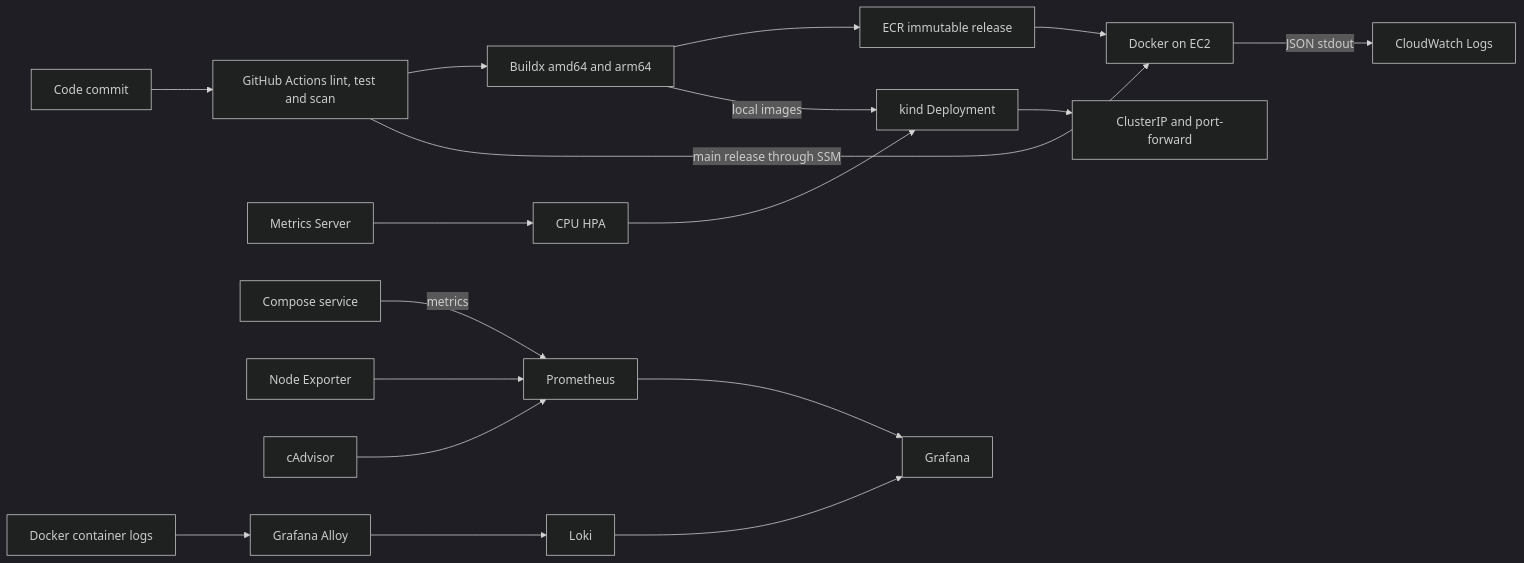
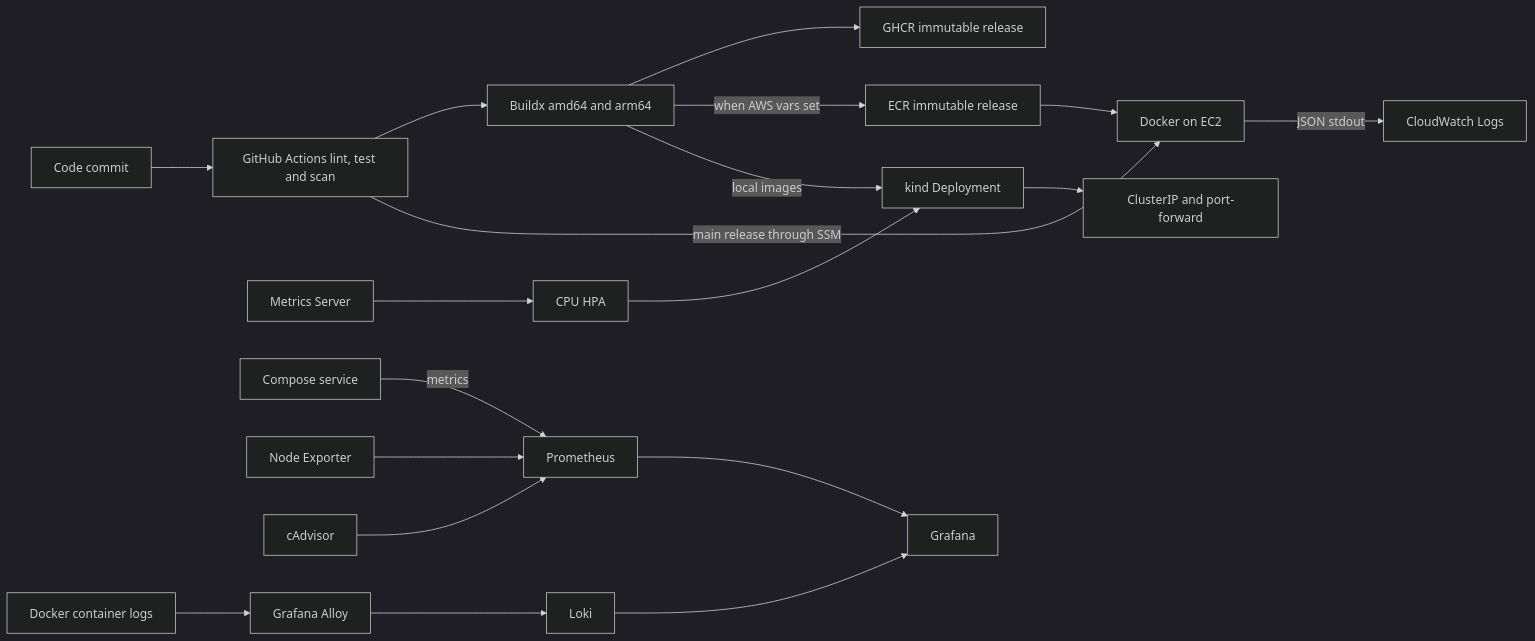
Before and after one commit to Rytnixx786/devops-engineer-assessment: the diagram in README.md, drawn with Mermaid (dark theme). The commit also changed other lines of this file and 1 other file, not shown here.

Commit message:
docs: update README and verification report with live GHCR and CI evidence

````diff
--- a/README.md
+++ b/README.md
@@ -33,20 +33,21 @@
 ```mermaid
 flowchart LR
   commit[Code commit] --> ci[GitHub Actions lint, test and scan]
   ci --> build[Buildx amd64 and arm64]
-  build --> registry[ECR immutable release]
+  build --> ghcr[GHCR immutable release]
+  build -->|when AWS vars set| registry[ECR immutable release]
   registry --> ec2[Docker on EC2]
   ci -->|main release through SSM| ec2
   ec2 -->|JSON stdout| cw[CloudWatch Logs]
   build -->|local images| kind[kind Deployment]
   kind --> service[ClusterIP and port-forward]
   ms[Metrics Server] --> hpa[CPU HPA]
   hpa --> kind
   app[Compose service] -->|metrics| prom[Prometheus]
   host[Node Exporter] --> prom
   containers[cAdvisor] --> prom
   engine[Docker container logs] --> alloy[Grafana Alloy]
   alloy --> loki[Loki]
   prom --> grafana[Grafana]
   loki --> grafana
 ```
````
